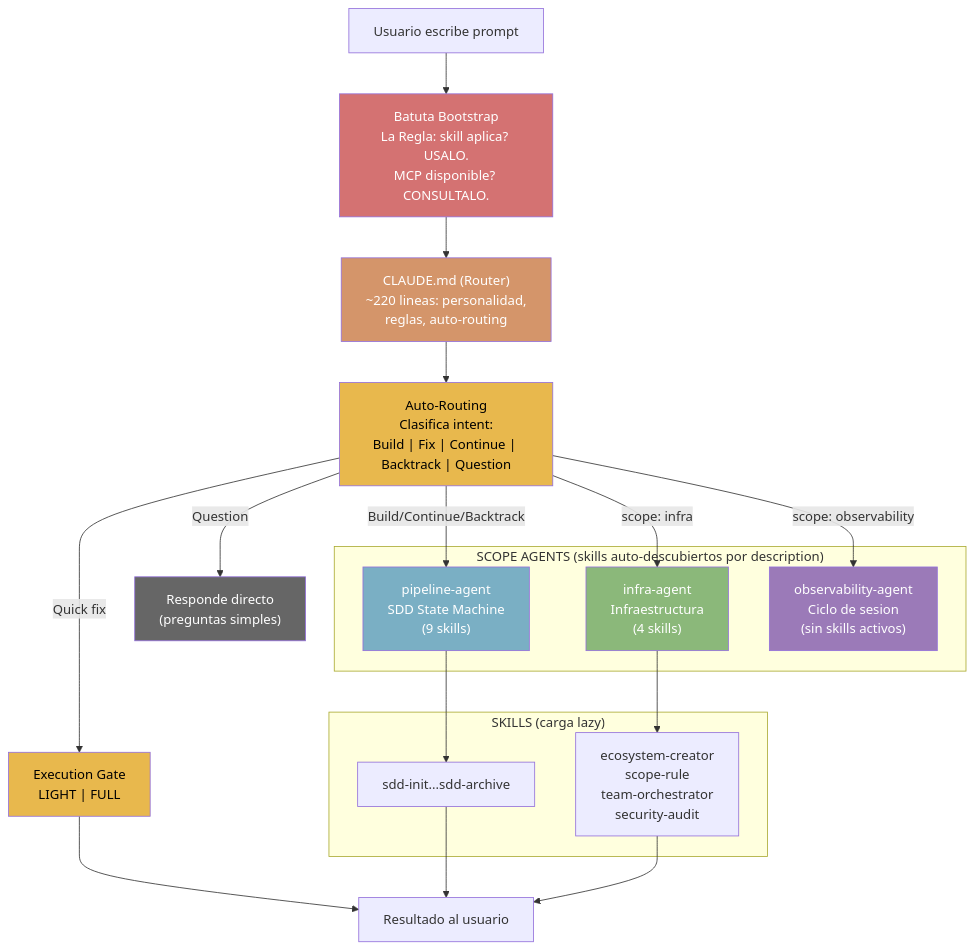
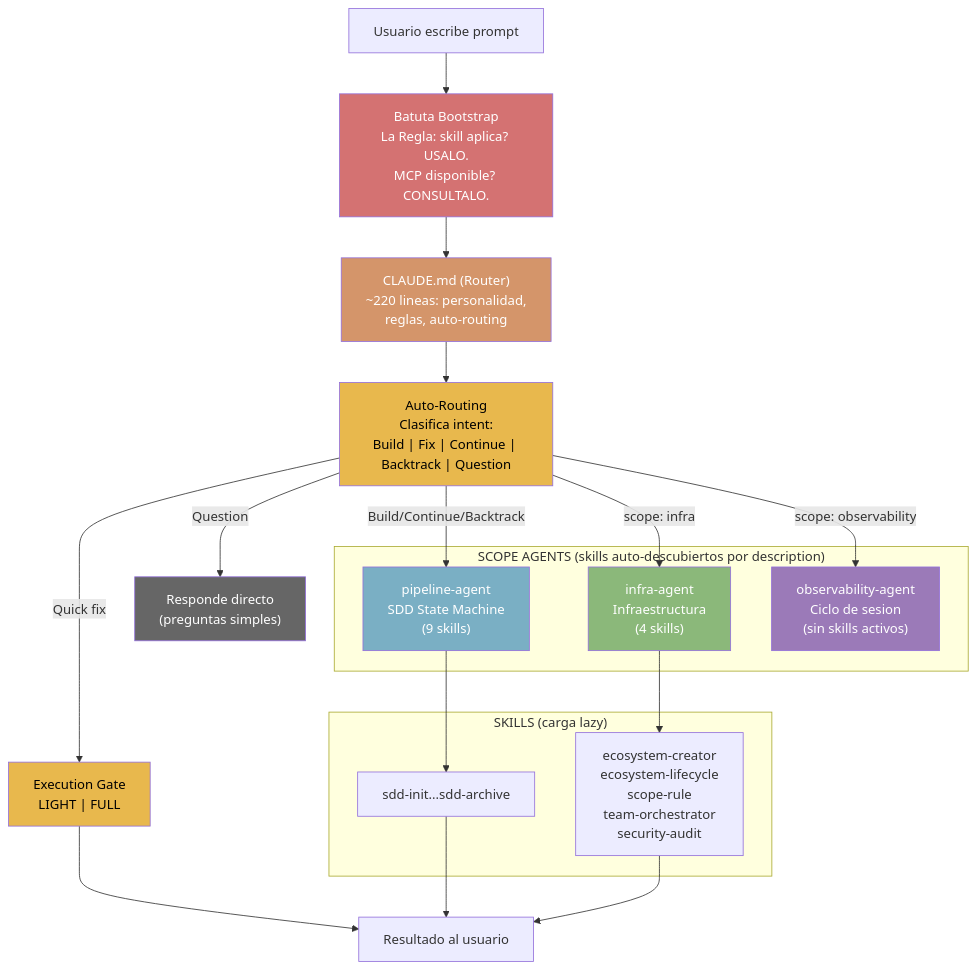
Before and after one commit to jota-batuta/batuta-dots: the second of 24 diagrams in docs/architecture/arquitectura-diagrama.md, drawn with Mermaid. The commit also changed other lines of this file and 21 other files, not shown here.

First line of the commit message:
feat: ecosystem-lifecycle skill, /batuta-sync, self-heal, two-layer config (v12)

````diff
--- a/docs/architecture/arquitectura-diagrama.md
+++ b/docs/architecture/arquitectura-diagrama.md
@@ -56,42 +57,42 @@
 ```mermaid
 flowchart TD
     USER["Usuario escribe prompt"]
     BOOTSTRAP["Batuta Bootstrap<br/>La Regla: skill aplica? USALO.<br/>MCP disponible? CONSULTALO."]
     AUTOROUTE["Auto-Routing<br/>Clasifica intent:<br/>Build | Fix | Continue | Backtrack | Question"]
     ROUTER["CLAUDE.md (Router)<br/>~220 lineas: personalidad,<br/>reglas, auto-routing"]
 
     subgraph AGENTS["SCOPE AGENTS (skills auto-descubiertos por description)"]
         PIPELINE["pipeline-agent<br/>SDD State Machine<br/>(9 skills)"]
         INFRA["infra-agent<br/>Infraestructura<br/>(4 skills)"]
         OBS["observability-agent<br/>Ciclo de sesion<br/>(sin skills activos)"]
     end
 
     subgraph SKILLS["SKILLS (carga lazy)"]
         SDD["sdd-init...sdd-archive"]
-        ECO["ecosystem-creator<br/>scope-rule<br/>team-orchestrator<br/>security-audit"]
+        ECO["ecosystem-creator<br/>ecosystem-lifecycle<br/>scope-rule<br/>team-orchestrator<br/>security-audit"]
     end
 
     RESULT["Resultado al usuario"]
     DIRECT["Responde directo<br/>(preguntas simples)"]
     GATE["Execution Gate<br/>LIGHT | FULL"]
 
     USER --> BOOTSTRAP --> ROUTER --> AUTOROUTE
     AUTOROUTE -->|"Build/Continue/Backtrack"| PIPELINE
     AUTOROUTE -->|"scope: infra"| INFRA
     AUTOROUTE -->|"scope: observability"| OBS
     AUTOROUTE -->|"Question"| DIRECT
     AUTOROUTE -->|"Quick fix"| GATE --> RESULT
     PIPELINE --> SDD
     INFRA --> ECO
     SDD --> RESULT
     ECO --> RESULT
 
     style ROUTER fill:#D4956A,color:#fff
     style BOOTSTRAP fill:#D47272,color:#fff
     style AUTOROUTE fill:#E8B84D,color:#000
     style PIPELINE fill:#7AAFC4,color:#fff
     style INFRA fill:#8BB87A,color:#fff
     style OBS fill:#9B7AB8,color:#fff
     style DIRECT fill:#666,color:#fff
     style GATE fill:#E8B84D,color:#000
 ```
````
